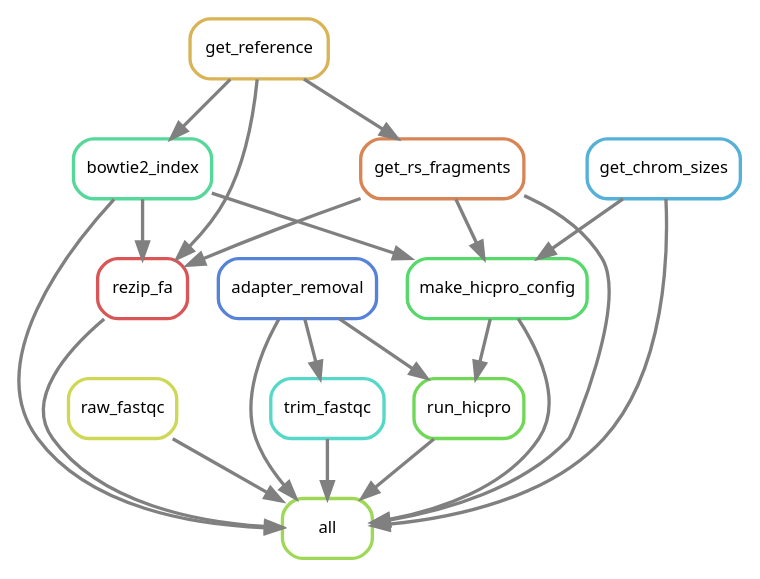
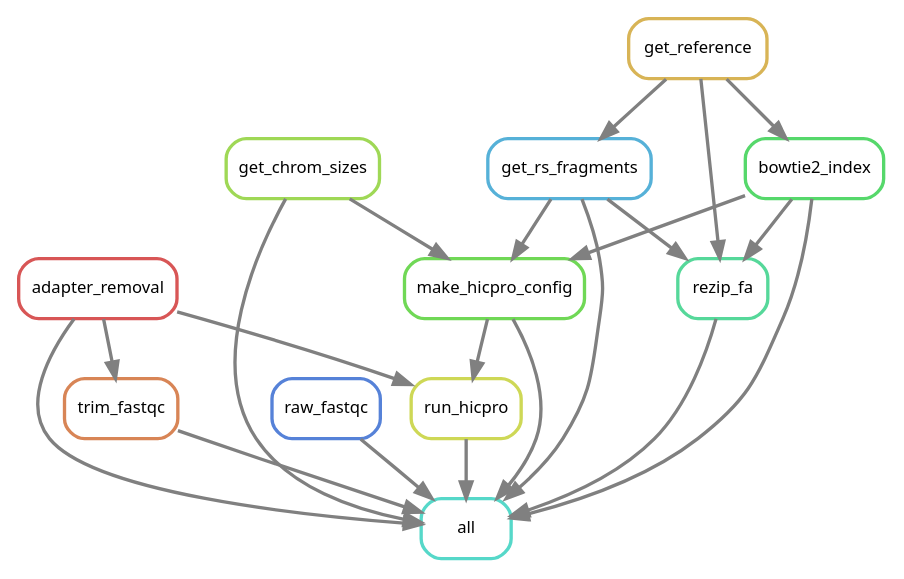
Before and after one commit to DRMCRL/ENCODE_T47D_HiC_ENCSR549MGQ: the diagram in output/rulegraph.dot, drawn with Graphviz. The commit also changed 3 other files, not shown here.

```diff
--- a/output/rulegraph.dot
+++ b/output/rulegraph.dot
@@ -1,36 +1,36 @@
 digraph snakemake_dag {
     graph[bgcolor=white, margin=0];
     node[shape=box, style=rounded, fontname=sans,                 fontsize=10, penwidth=2];
     edge[penwidth=2, color=grey];
-	0[label = "all", color = "0.24 0.6 0.85", style="rounded"];
-	1[label = "trim_fastqc", color = "0.48 0.6 0.85", style="rounded"];
-	2[label = "bowtie2_index", color = "0.42 0.6 0.85", style="rounded"];
-	3[label = "raw_fastqc", color = "0.18 0.6 0.85", style="rounded"];
-	4[label = "get_rs_fragments", color = "0.06 0.6 0.85", style="rounded"];
-	5[label = "run_hicpro", color = "0.30 0.6 0.85", style="rounded"];
-	6[label = "adapter_removal", color = "0.61 0.6 0.85", style="rounded"];
-	7[label = "get_chrom_sizes", color = "0.55 0.6 0.85", style="rounded"];
-	8[label = "make_hicpro_config", color = "0.36 0.6 0.85", style="rounded"];
-	9[label = "rezip_fa", color = "0.00 0.6 0.85", style="rounded"];
+	0[label = "all", color = "0.48 0.6 0.85", style="rounded"];
+	1[label = "run_hicpro", color = "0.18 0.6 0.85", style="rounded"];
+	2[label = "trim_fastqc", color = "0.06 0.6 0.85", style="rounded"];
+	3[label = "get_chrom_sizes", color = "0.24 0.6 0.85", style="rounded"];
+	4[label = "raw_fastqc", color = "0.61 0.6 0.85", style="rounded"];
+	5[label = "bowtie2_index", color = "0.36 0.6 0.85", style="rounded"];
+	6[label = "adapter_removal", color = "0.00 0.6 0.85", style="rounded"];
+	7[label = "get_rs_fragments", color = "0.55 0.6 0.85", style="rounded"];
+	8[label = "rezip_fa", color = "0.42 0.6 0.85", style="rounded"];
+	9[label = "make_hicpro_config", color = "0.30 0.6 0.85", style="rounded"];
 	10[label = "get_reference", color = "0.12 0.6 0.85", style="rounded"];
+	6 -> 0
+	2 -> 0
+	1 -> 0
+	3 -> 0
 	9 -> 0
-	4 -> 0
-	3 -> 0
 	5 -> 0
 	8 -> 0
-	2 -> 0
-	1 -> 0
 	7 -> 0
-	6 -> 0
+	4 -> 0
+	9 -> 1
 	6 -> 1
-	10 -> 2
-	10 -> 4
-	6 -> 5
-	8 -> 5
-	2 -> 8
+	6 -> 2
+	10 -> 5
+	10 -> 7
 	7 -> 8
-	4 -> 8
-	2 -> 9
-	4 -> 9
-	10 -> 9
+	10 -> 8
+	5 -> 8
+	3 -> 9
+	7 -> 9
+	5 -> 9
 }            
```
